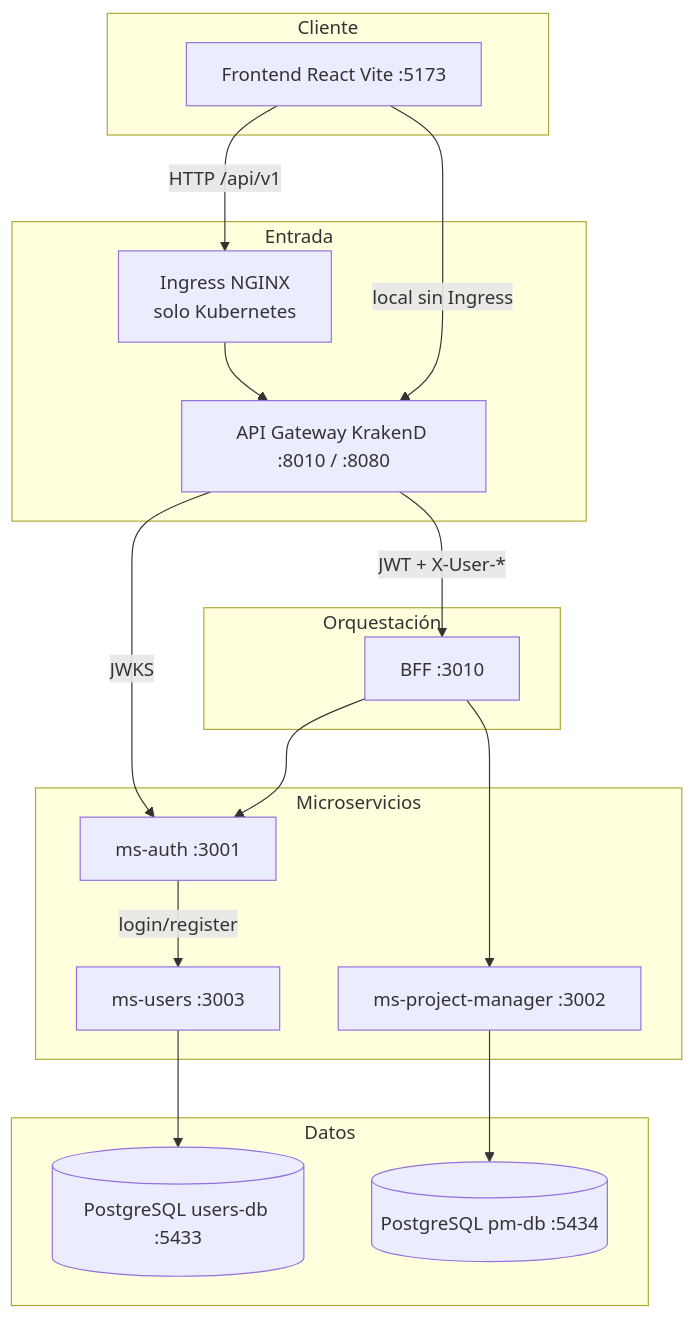
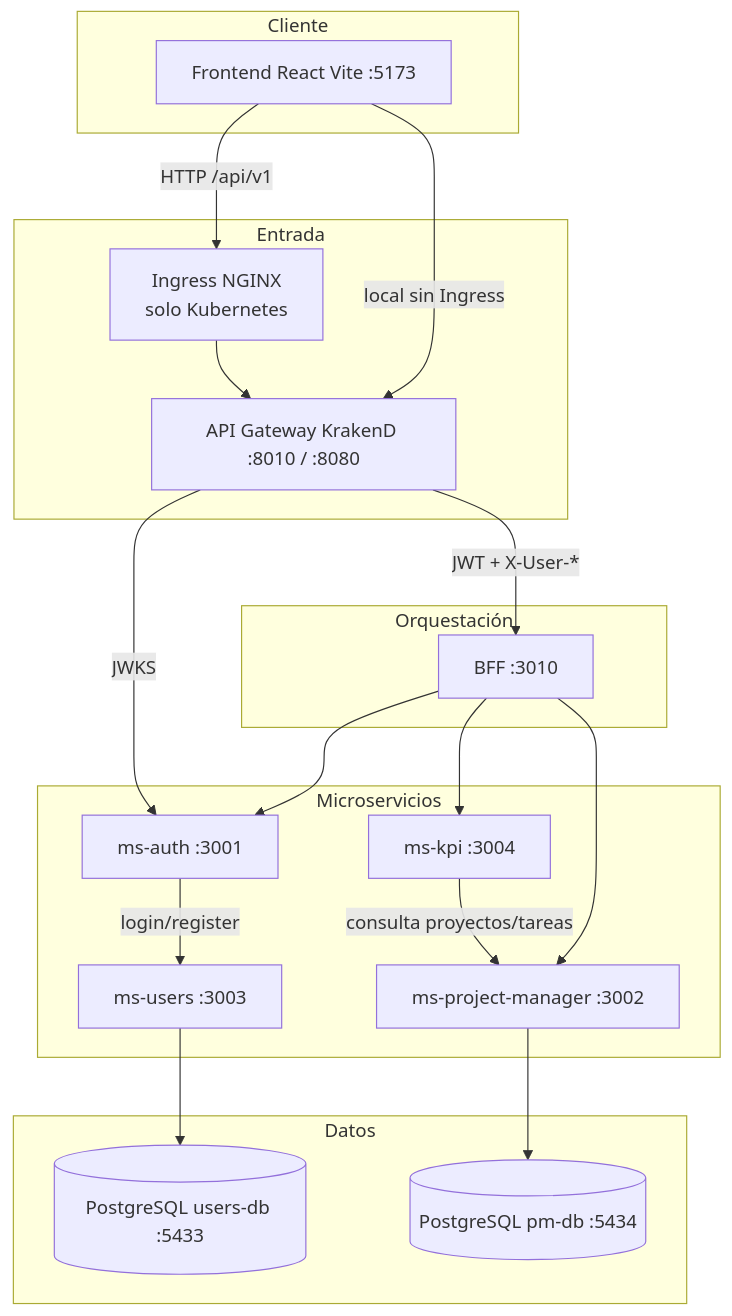
Before and after one commit to senioravo/backend_innovatech: the first of 3 diagrams in backend/README.md, drawn with Mermaid. The commit also changed other lines of this file and 31 other files, not shown here.

First line of the commit message:
fix: READMEs, tareas 404, UserModel y tests BFF

````diff
--- a/backend/README.md
+++ b/backend/README.md
@@ -49,37 +49,40 @@
 ```mermaid
 flowchart TB
   subgraph Cliente
     FE[Frontend React Vite :5173]
   end
 
   subgraph Entrada
     ING[Ingress NGINX<br/>solo Kubernetes]
     GW[API Gateway KrakenD :8010 / :8080]
   end
 
   subgraph Orquestación
     BFF[BFF :3010]
   end
 
   subgraph Microservicios
     AUTH[ms-auth :3001]
     USERS[ms-users :3003]
     PM[ms-project-manager :3002]
+    KPI[ms-kpi :3004]
   end
 
   subgraph Datos
     UDB[(PostgreSQL users-db :5433)]
     PMDB[(PostgreSQL pm-db :5434)]
   end
 
   FE -->|HTTP /api/v1| ING
   FE -->|local sin Ingress| GW
   ING --> GW
   GW -->|JWT + X-User-*| BFF
   BFF --> AUTH
   BFF --> PM
+  BFF --> KPI
   AUTH -->|login/register| USERS
+  KPI -->|consulta proyectos/tareas| PM
   USERS --> UDB
   PM --> PMDB
   GW -->|JWKS| AUTH
 ```
````
